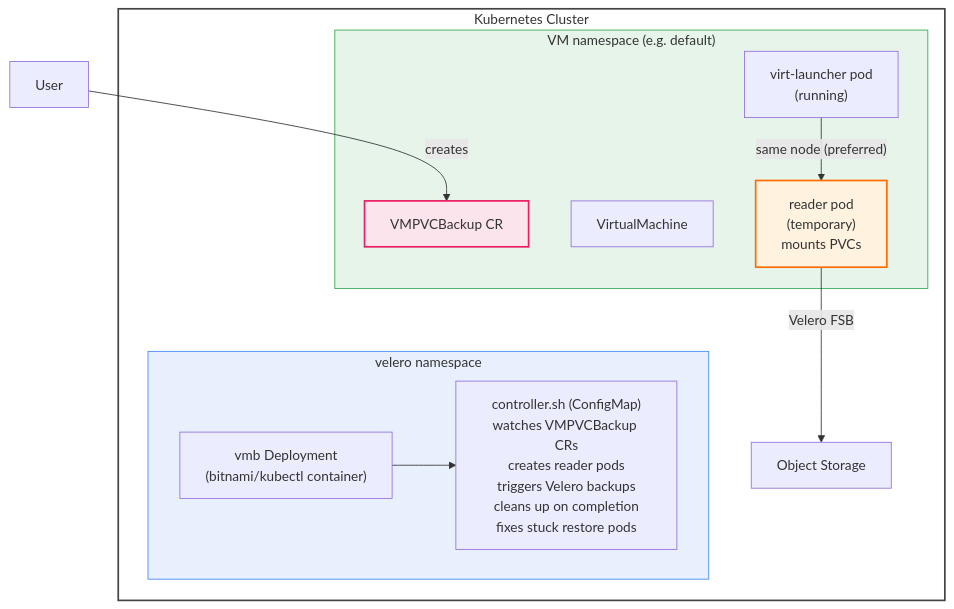
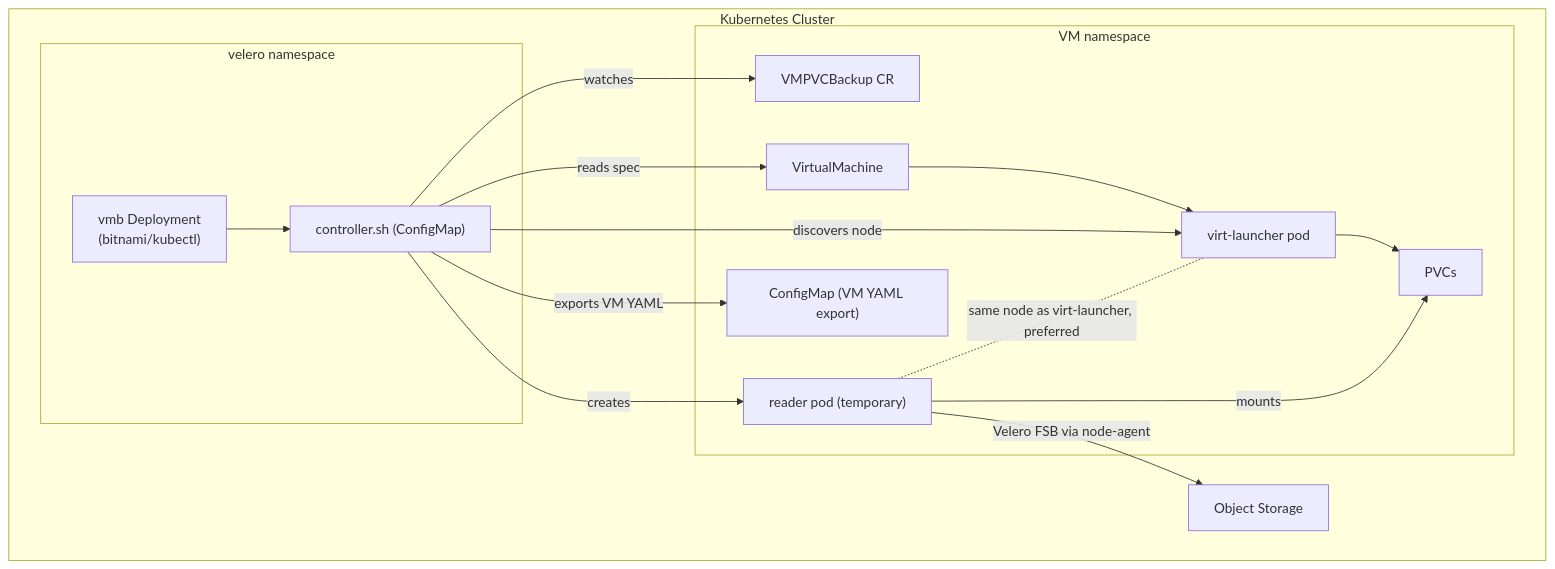
Before and after one commit to code-lover636/Kubevirt-VM-Backup: the first of 6 diagrams in docs/architecture.md, drawn with Mermaid. The commit also changed other lines of this file and 1 other file, not shown here.

Commit message:
Fix README to match actual controller code, improve architecture diagrams

````diff
--- a/docs/architecture.md
+++ b/docs/architecture.md
@@ -5,31 +5,34 @@
 ```mermaid
 graph TB
     subgraph cluster["Kubernetes Cluster"]
 
         subgraph velero-ns["velero namespace"]
-            DEP["vmb Deployment<br/>(bitnami/kubectl container)"]
-            CM["controller.sh (ConfigMap)<br/>watches VMPVCBackup CRs<br/>creates reader pods<br/>triggers Velero backups<br/>cleans up on completion<br/>fixes stuck restore pods"]
+            DEP["vmb Deployment<br/>(bitnami/kubectl)"]
+            CM["controller.sh (ConfigMap)"]
             DEP --> CM
         end
 
-        subgraph vm-ns["VM namespace (e.g. default)"]
+        subgraph vm-ns["VM namespace"]
             CRD["VMPVCBackup CR"]
             VM["VirtualMachine"]
-            VMI["virt-launcher pod<br/>(running)"]
-            READER["reader pod<br/>(temporary)<br/>mounts PVCs"]
-            VMI -- "same node (preferred)" --> READER
+            VMI["virt-launcher pod"]
+            PVC["PVCs"]
+            READER["reader pod (temporary)"]
+            VMCM["ConfigMap (VM YAML export)"]
+            VM --> VMI
+            VMI --> PVC
+            READER -->|mounts| PVC
         end
 
-        READER -- "Velero FSB" --> OS
+        OS["Object Storage"]
 
+        CM -->|watches| CRD
+        CM -->|reads spec| VM
+        CM -->|discovers node| VMI
+        CM -->|creates| READER
+        CM -->|exports VM YAML| VMCM
+        READER -->|Velero FSB via node-agent| OS
     end
 
-    OS["Object Storage"]
-    USER["User"] -- "creates" --> CRD
-
-    style cluster fill:none,stroke:#444,stroke-width:2px
-    style velero-ns fill:#e8f0fe,stroke:#4285f4,stroke-width:1px
-    style vm-ns fill:#e6f4ea,stroke:#34a853,stroke-width:1px
-    style READER fill:#fff3e0,stroke:#ff6d00,stroke-width:2px
-    style CRD fill:#fce4ec,stroke:#e91e63,stroke-width:2px
+    READER -.-|same node as virt-launcher, preferred| VMI
 ```
````
